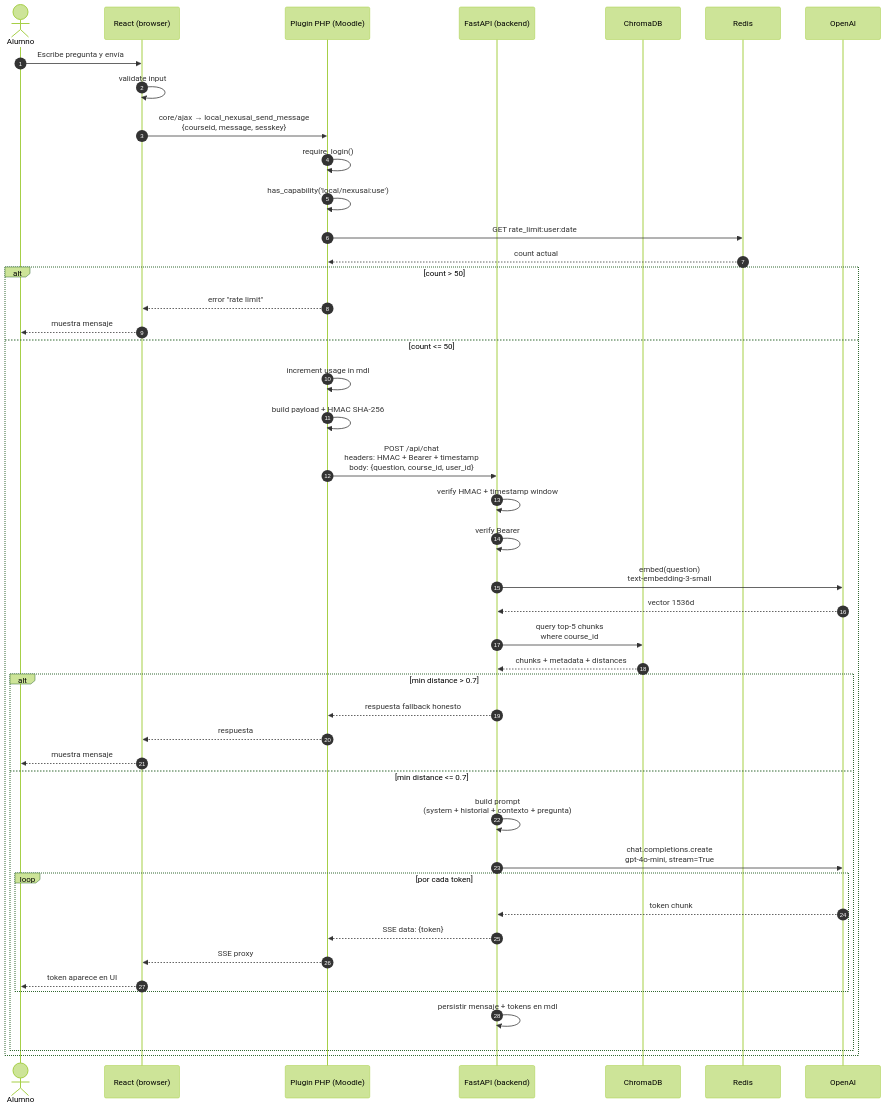
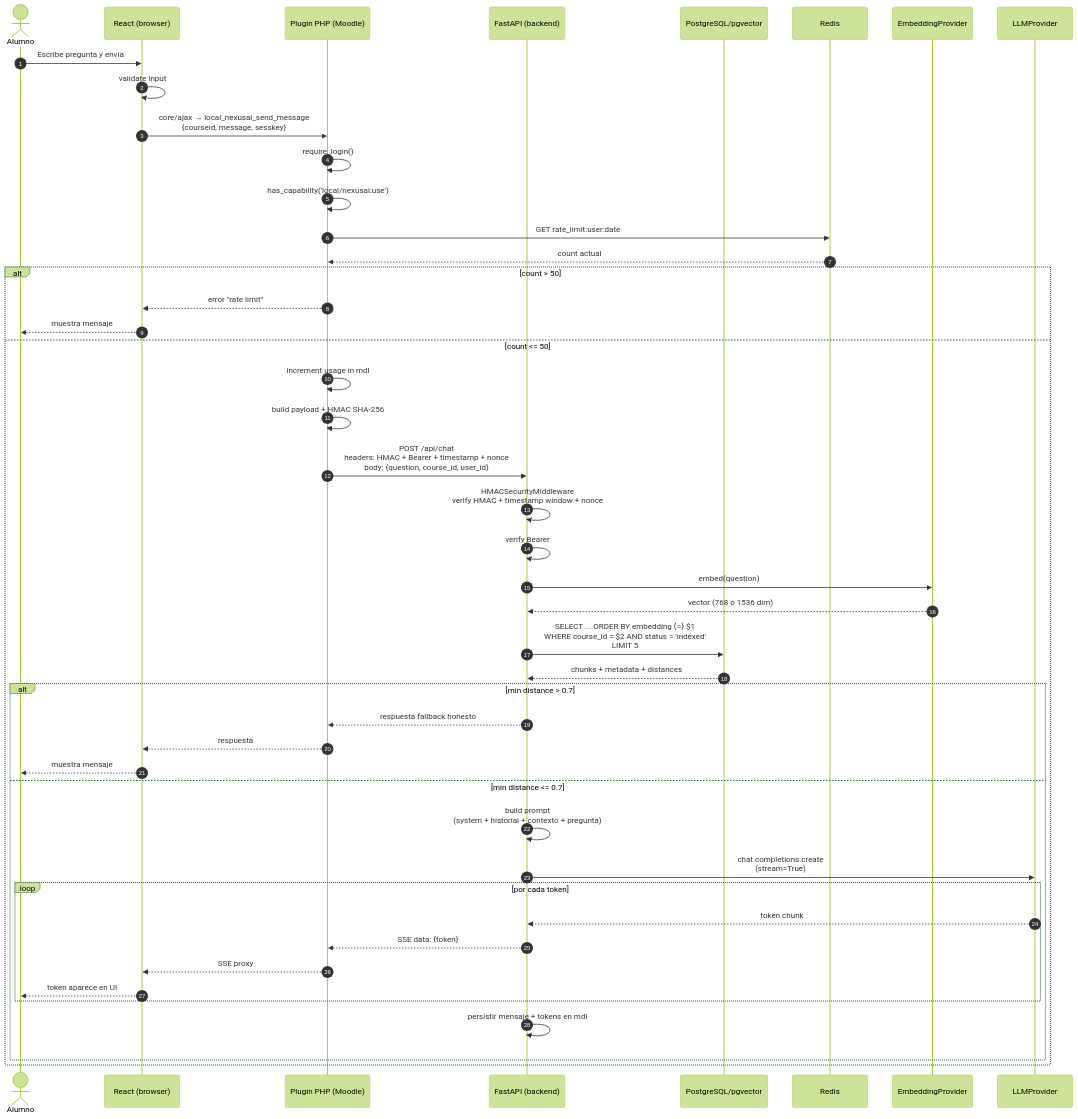
Before and after one commit to nexusai-ucc/nexusAI: the diagram in NexusAI/docs/diagrams/sequence-chat.md, drawn with Mermaid (forest theme). The commit also changed other lines of this file and 15 other files, not shown here.

````diff
--- a/NexusAI/docs/diagrams/sequence-chat.md
+++ b/NexusAI/docs/diagrams/sequence-chat.md
@@ -5,54 +5,55 @@
 ```mermaid
 sequenceDiagram
     autonumber
     actor A as Alumno
     participant R as React (browser)
     participant P as Plugin PHP (Moodle)
     participant F as FastAPI (backend)
-    participant C as ChromaDB
+    participant PG as PostgreSQL/pgvector
     participant Re as Redis
-    participant O as OpenAI
+    participant E as EmbeddingProvider
+    participant L as LLMProvider
 
     A->>R: Escribe pregunta y envía
     R->>R: validate input
     R->>P: core/ajax → local_nexusai_send_message<br/>{courseid, message, sesskey}
 
     P->>P: require_login()
     P->>P: has_capability('local/nexusai:use')
     P->>Re: GET rate_limit:user:date
     Re-->>P: count actual
     alt count > 50
         P-->>R: error "rate limit"
         R-->>A: muestra mensaje
     else count <= 50
         P->>P: increment usage in mdl
         P->>P: build payload + HMAC SHA-256
 
-        P->>F: POST /api/chat<br/>headers: HMAC + Bearer + timestamp<br/>body: {question, course_id, user_id}
+        P->>F: POST /api/chat<br/>headers: HMAC + Bearer + timestamp + nonce<br/>body: {question, course_id, user_id}
 
-        F->>F: verify HMAC + timestamp window
+        F->>F: HMACSecurityMiddleware<br/>verify HMAC + timestamp window + nonce
         F->>F: verify Bearer
 
-        F->>O: embed(question)<br/>text-embedding-3-small
-        O-->>F: vector 1536d
+        F->>E: embed(question)
+        E-->>F: vector (768 o 1536 dim)
 
-        F->>C: query top-5 chunks<br/>where course_id
-        C-->>F: chunks + metadata + distances
+        F->>PG: SELECT ... ORDER BY embedding ⟨=⟩ $1<br/>WHERE course_id = $2 AND status = 'indexed'<br/>LIMIT 5
+        PG-->>F: chunks + metadata + distances
 
         alt min distance > 0.7
             F-->>P: respuesta fallback honesto
             P-->>R: respuesta
             R-->>A: muestra mensaje
         else min distance <= 0.7
             F->>F: build prompt<br/>(system + historial + contexto + pregunta)
-            F->>O: chat.completions.create<br/>gpt-4o-mini, stream=True
+            F->>L: chat.completions.create<br/>(stream=True)
             loop por cada token
-                O-->>F: token chunk
+                L-->>F: token chunk
                 F-->>P: SSE data: {token}
                 P-->>R: SSE proxy
                 R-->>A: token aparece en UI
             end
             F->>F: persistir mensaje + tokens en mdl
         end
     end
 ```
````
